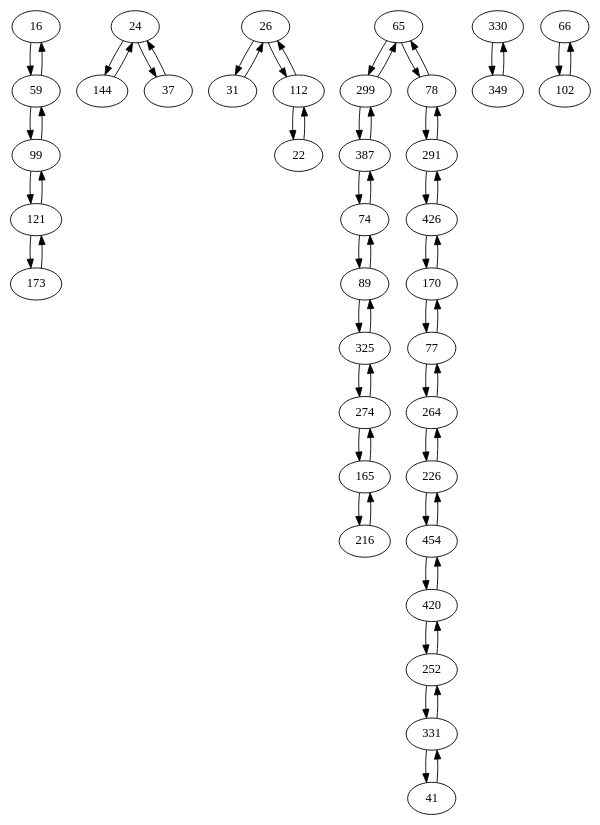
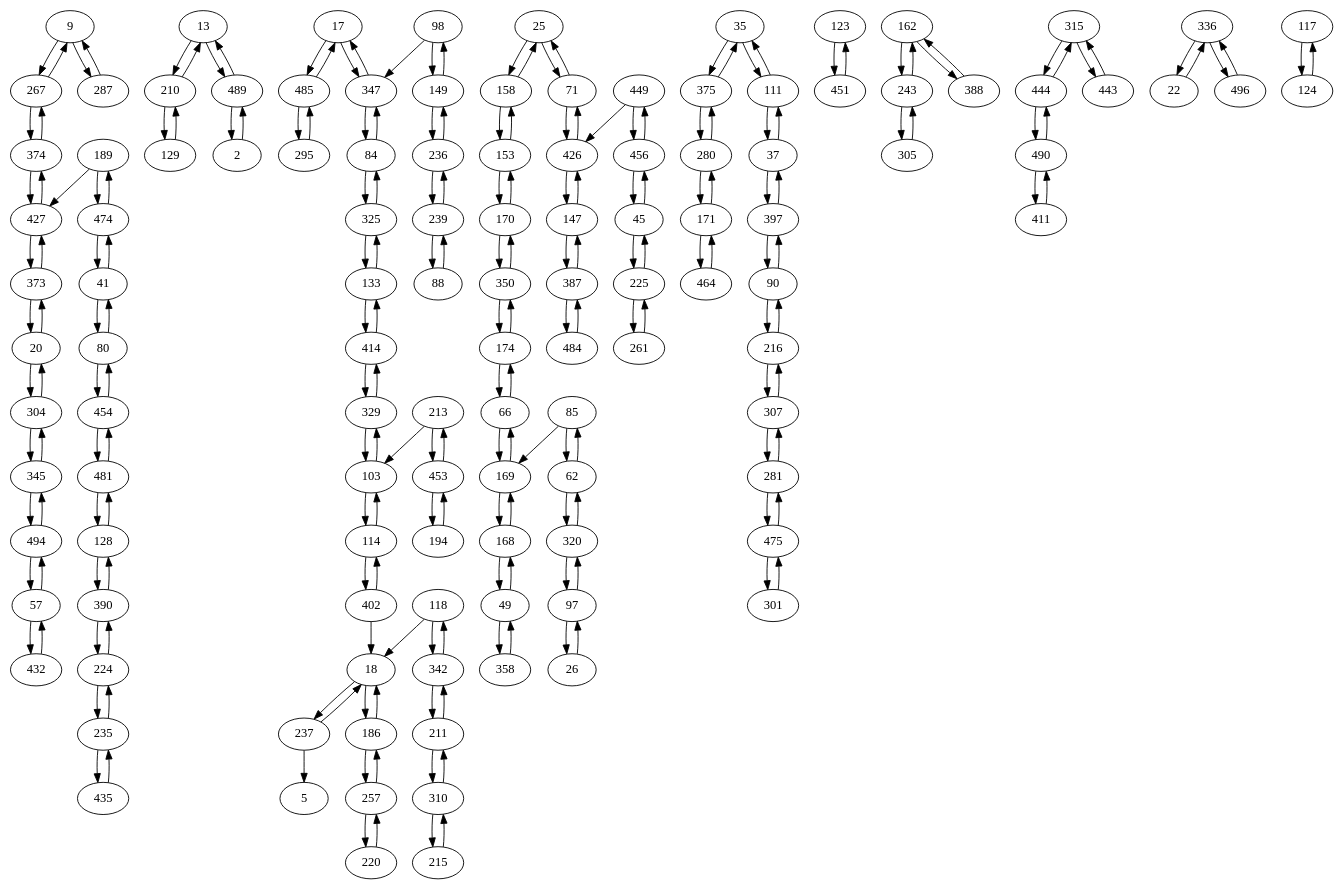
Before and after one commit to AuCson/Genome-Assembly-Implementation: the diagram in external/dbg2olc/CleanedBestOverlapGraphWithTies.dot, drawn with Graphviz. The commit also changed 117 other files, not shown here.

```diff
--- a/external/dbg2olc/CleanedBestOverlapGraphWithTies.dot
+++ b/external/dbg2olc/CleanedBestOverlapGraphWithTies.dot
@@ -1,64 +1,204 @@
 digraph G {
-16 -> 59;
-24 -> 144;
-26 -> 31;
-59 -> 16;
-65 -> 299;
-74 -> 89;
-77 -> 170;
-78 -> 291;
-89 -> 325;
-99 -> 59;
-112 -> 26;
-121 -> 173;
-165 -> 274;
-170 -> 426;
-216 -> 165;
-226 -> 264;
-252 -> 420;
-264 -> 226;
-274 -> 325;
-291 -> 78;
-299 -> 387;
-325 -> 274;
-330 -> 349;
-331 -> 252;
-387 -> 299;
-420 -> 454;
-426 -> 170;
-454 -> 226;
-22 -> 112;
-24 -> 37;
-26 -> 112;
-31 -> 26;
-37 -> 24;
-41 -> 331;
-59 -> 99;
-65 -> 78;
-66 -> 102;
-74 -> 387;
-77 -> 264;
-78 -> 65;
-89 -> 74;
-99 -> 121;
-102 -> 66;
-112 -> 22;
-121 -> 99;
-144 -> 24;
-165 -> 216;
-170 -> 77;
-173 -> 121;
-226 -> 454;
-252 -> 331;
-264 -> 77;
-274 -> 165;
-291 -> 426;
-299 -> 65;
-325 -> 89;
-331 -> 41;
-349 -> 330;
-387 -> 74;
-420 -> 252;
-426 -> 291;
-454 -> 420;
+9 -> 267;
+13 -> 210;
+17 -> 485;
+18 -> 237;
+20 -> 373;
+25 -> 158;
+35 -> 375;
+37 -> 397;
+41 -> 80;
+45 -> 456;
+49 -> 358;
+57 -> 432;
+62 -> 320;
+66 -> 174;
+71 -> 426;
+80 -> 41;
+84 -> 347;
+85 -> 62;
+88 -> 239;
+90 -> 397;
+97 -> 320;
+98 -> 149;
+103 -> 114;
+111 -> 35;
+114 -> 103;
+118 -> 342;
+123 -> 451;
+128 -> 390;
+129 -> 210;
+133 -> 325;
+147 -> 387;
+149 -> 236;
+153 -> 170;
+158 -> 153;
+162 -> 243;
+168 -> 49;
+169 -> 66;
+170 -> 350;
+171 -> 280;
+174 -> 66;
+186 -> 257;
+189 -> 427;
+210 -> 13;
+211 -> 342;
+213 -> 453;
+215 -> 310;
+216 -> 90;
+220 -> 257;
+224 -> 390;
+225 -> 45;
+235 -> 435;
+236 -> 149;
+237 -> 5;
+239 -> 236;
+243 -> 162;
+257 -> 220;
+261 -> 225;
+267 -> 374;
+280 -> 375;
+281 -> 475;
+301 -> 475;
+304 -> 20;
+305 -> 243;
+307 -> 216;
+310 -> 215;
+315 -> 444;
+320 -> 97;
+325 -> 133;
+329 -> 103;
+336 -> 22;
+342 -> 118;
+345 -> 494;
+347 -> 17;
+350 -> 174;
+358 -> 49;
+373 -> 20;
+374 -> 267;
+375 -> 280;
+387 -> 484;
+390 -> 224;
+397 -> 37;
+402 -> 18;
+414 -> 133;
+426 -> 71;
+427 -> 374;
+432 -> 57;
+443 -> 315;
+444 -> 315;
+449 -> 456;
+453 -> 194;
+454 -> 80;
+456 -> 449;
+464 -> 171;
+474 -> 41;
+475 -> 281;
+481 -> 454;
+485 -> 295;
+489 -> 2;
+490 -> 411;
+494 -> 345;
+2 -> 489;
+9 -> 287;
+13 -> 489;
+17 -> 347;
+18 -> 186;
+20 -> 304;
+22 -> 336;
+25 -> 71;
+26 -> 97;
+35 -> 111;
+37 -> 111;
+41 -> 474;
+45 -> 225;
+49 -> 168;
+57 -> 494;
+62 -> 85;
+66 -> 169;
+71 -> 25;
+80 -> 454;
+84 -> 325;
+85 -> 169;
+90 -> 216;
+97 -> 26;
+98 -> 347;
+103 -> 329;
+111 -> 37;
+114 -> 402;
+117 -> 124;
+118 -> 18;
+124 -> 117;
+128 -> 481;
+133 -> 414;
+147 -> 426;
+149 -> 98;
+153 -> 158;
+158 -> 25;
+162 -> 388;
+168 -> 169;
+169 -> 168;
+170 -> 153;
+171 -> 464;
+174 -> 350;
+186 -> 18;
+189 -> 474;
+194 -> 453;
+210 -> 129;
+211 -> 310;
+213 -> 103;
+216 -> 307;
+224 -> 235;
+225 -> 261;
+235 -> 224;
+236 -> 239;
+237 -> 18;
+239 -> 88;
+243 -> 305;
+257 -> 186;
+267 -> 9;
+280 -> 171;
+281 -> 307;
+287 -> 9;
+295 -> 485;
+304 -> 345;
+307 -> 281;
+310 -> 211;
+315 -> 443;
+320 -> 62;
+325 -> 84;
+329 -> 414;
+336 -> 496;
+342 -> 211;
+345 -> 304;
+347 -> 84;
+350 -> 170;
+373 -> 427;
+374 -> 427;
+375 -> 35;
+387 -> 147;
+388 -> 162;
+390 -> 128;
+397 -> 90;
+402 -> 114;
+411 -> 490;
+414 -> 329;
+426 -> 147;
+427 -> 373;
+435 -> 235;
+444 -> 490;
+449 -> 426;
+451 -> 123;
+453 -> 213;
+454 -> 481;
+456 -> 45;
+474 -> 189;
+475 -> 301;
+481 -> 128;
+484 -> 387;
+485 -> 17;
+489 -> 13;
+490 -> 444;
+494 -> 57;
+496 -> 336;
 }
```
